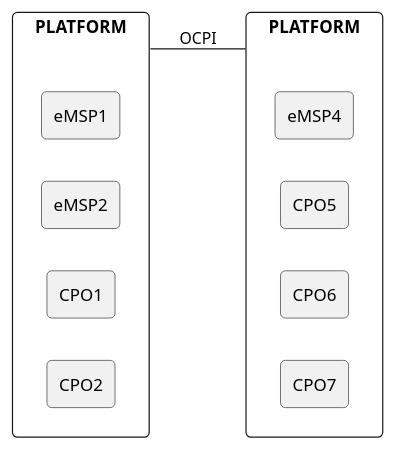
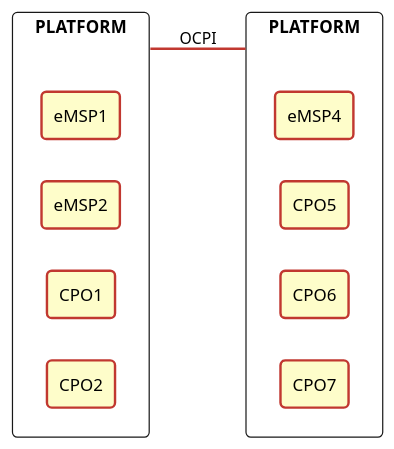
Before and after one commit to aasanchez/ev-protocols: the diagram in docs/03-supported-topologies/06-peer-to-peer-mixed-roles.md, drawn with PlantUML. The commit also changed 10 other files, not shown here.

Commit message:
Improving uml charts

````diff
--- a/docs/03-supported-topologies/06-peer-to-peer-mixed-roles.md
+++ b/docs/03-supported-topologies/06-peer-to-peer-mixed-roles.md
@@ -11,37 +11,45 @@
 ```plantuml
 @startuml
 
+skinparam backgroundColor transparent
+skinparam ArrowColor      #c13830
+skinparam ArrowThickness  2
+
 skinparam agent {
-  roundCorner 8
+  BackgroundColor   #fefdca
+  BorderColor       #c13830
+  BorderThickness   2
+  roundCorner       8
 }
 
 skinparam rectangle {
+  BackgroundColor #fff
   roundCorner 8
 }
 
 
 left to right direction
 
 rectangle PLATFORM as CPOMSP1 {
   agent eMSP1
   agent eMSP2
   agent CPO1
   agent CPO2
 }
 
 rectangle PLATFORM as CPOMSP2 {
   agent eMSP4
   agent CPO5
   agent CPO6
   agent CPO7
 }
 
 CPOMSP1 -- CPOMSP2: OCPI
 
 
 'following is only to fix layout
 eMSP1 -[hidden]- eMSP4
 CPO2 -[hidden]- CPO7
 
 @enduml
 ```
````
